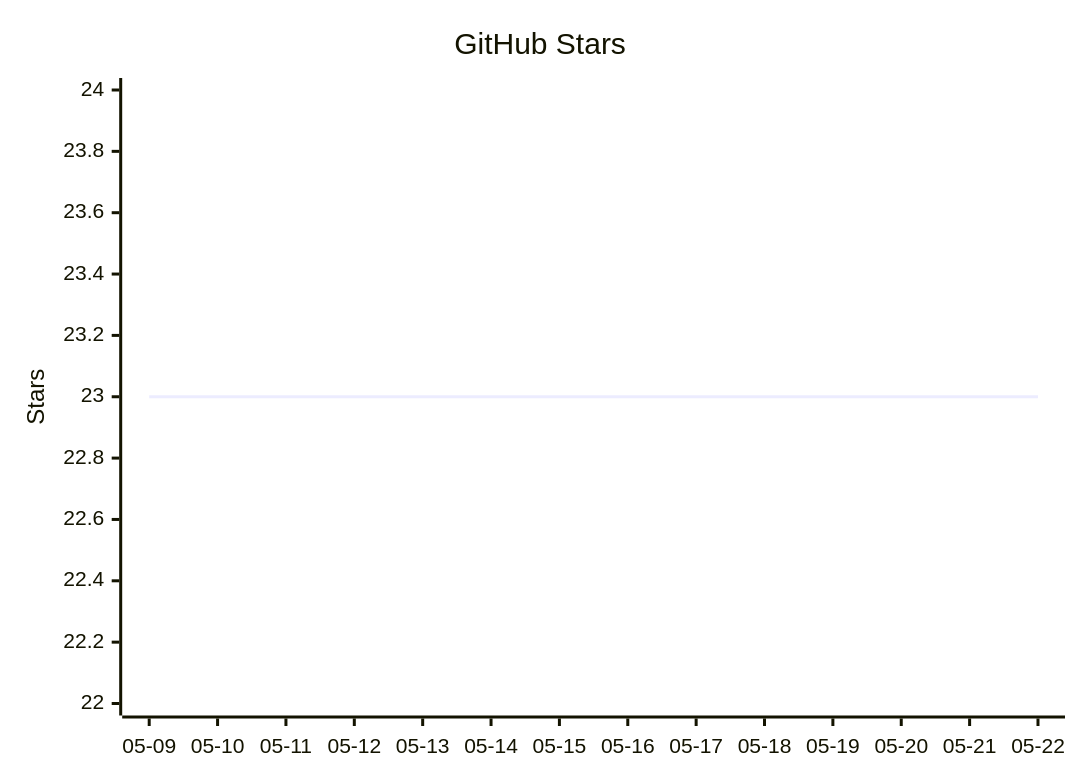
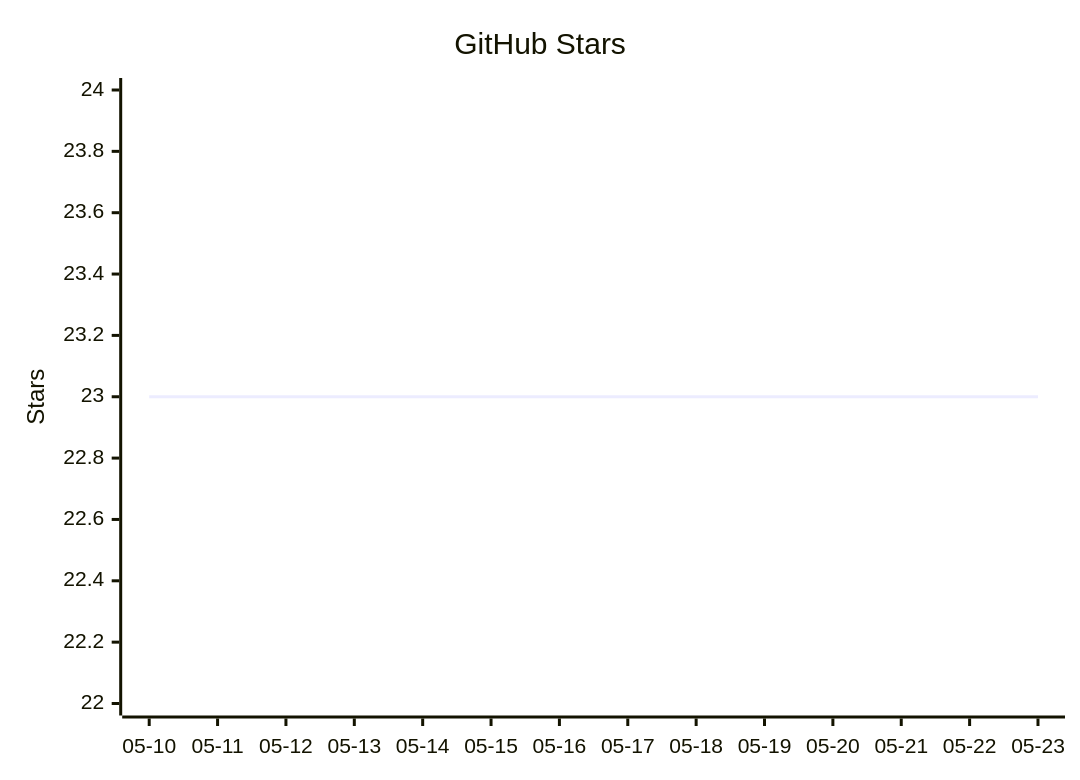
One commit to vectie/moonclaw changed the diagram in README.mbt.md. Above: the diagram before and after it, drawn with Mermaid. The commit also changed other lines of this file and 1 other file, not shown here.

Commit message:
Update README star growth

````diff
--- a/README.mbt.md
+++ b/README.mbt.md
@@ -490,7 +490,7 @@
 ```mermaid
 xychart-beta
     title "GitHub Stars"
-    x-axis ["05-09","05-10","05-11","05-12","05-13","05-14","05-15","05-16","05-17","05-18","05-19","05-20","05-21","05-22"]
+    x-axis ["05-10","05-11","05-12","05-13","05-14","05-15","05-16","05-17","05-18","05-19","05-20","05-21","05-22","05-23"]
     y-axis "Stars" 22 --> 24
     line [23,23,23,23,23,23,23,23,23,23,23,23,23,23]
 ```
````
